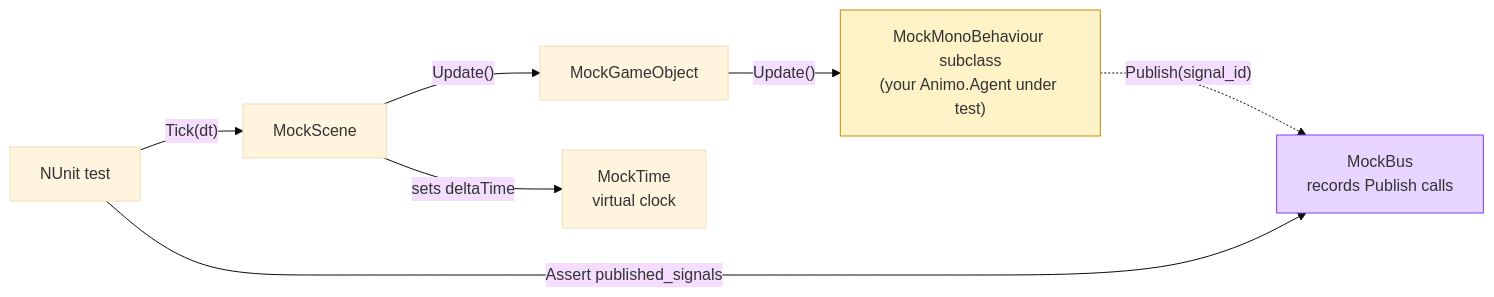
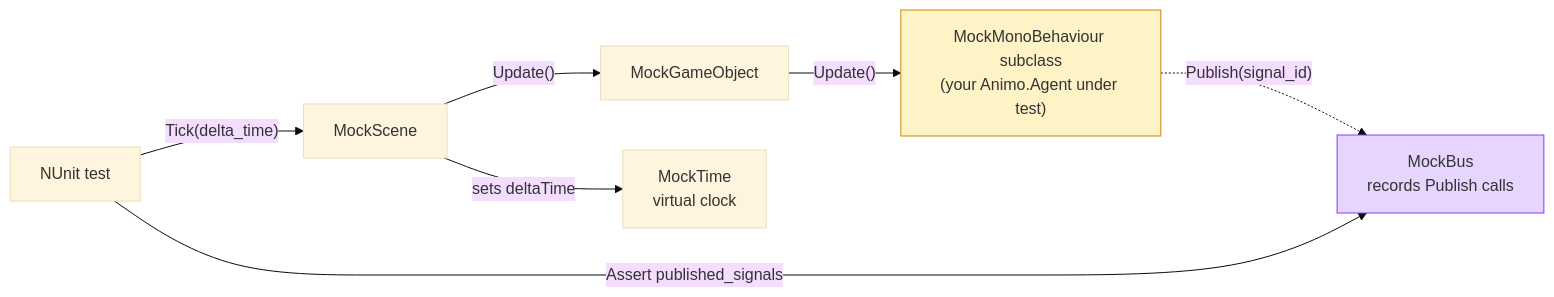
The tenth of 12 diagrams in README.md (hiroxpepe/animo), drawn with Mermaid (base theme) before and after one commit. The commit also changed other lines of this file and 72 other files, not shown here.

````diff
--- a/README.md
+++ b/README.md
@@ -312,17 +312,17 @@
 ```mermaid
 flowchart LR
   Test["NUnit test"]
   Scene["MockScene"]
   Obj["MockGameObject"]
   Comp["MockMonoBehaviour subclass<br/>(your Animo.Agent under test)"]
   Time["MockTime<br/>virtual clock"]
   Bus["MockBus<br/>records Publish calls"]
-  Test -->|"Tick(dt)"| Scene
+  Test -->|"Tick(delta_time)"| Scene
   Scene -->|"sets deltaTime"| Time
   Scene -->|"Update()"| Obj
   Obj -->|"Update()"| Comp
   Comp -.->|"Publish(signal_id)"| Bus
   Test -->|"Assert published_signals"| Bus
   style Comp fill:#fef3c7,stroke:#ca8a04
   style Bus fill:#e8d5ff,stroke:#7e3ff2
 ```
````
